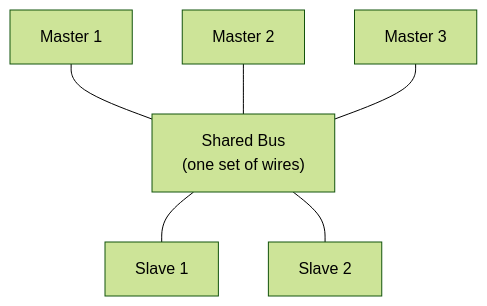
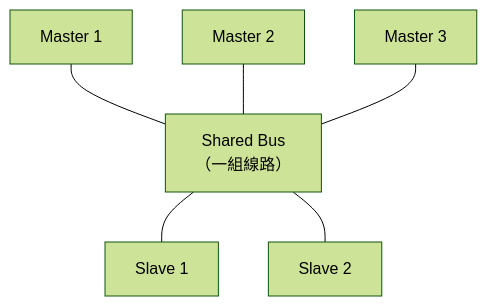
One commit to abc1199281lab-cmd/systemc_notes changed the seventh of 8 diagrams in doc_v2/examples/code/sysc/simple_bus/spec.md. Above: the diagram before and after it, drawn with Mermaid (forest theme). The commit also changed other lines of this file and 8 other files, not shown here.

````diff
--- a/doc_v2/examples/code/sysc/simple_bus/spec.md
+++ b/doc_v2/examples/code/sysc/simple_bus/spec.md
@@ -220,8 +220,8 @@
 ```mermaid
 graph TB
-    M1[Master 1] --- BUS["Shared Bus<br/>(one set of wires)"]
+    M1[Master 1] --- BUS["Shared Bus<br/>（一組線路）"]
     M2[Master 2] --- BUS
     M3[Master 3] --- BUS
     BUS --- S1[Slave 1]
     BUS --- S2[Slave 2]
 ```
````
